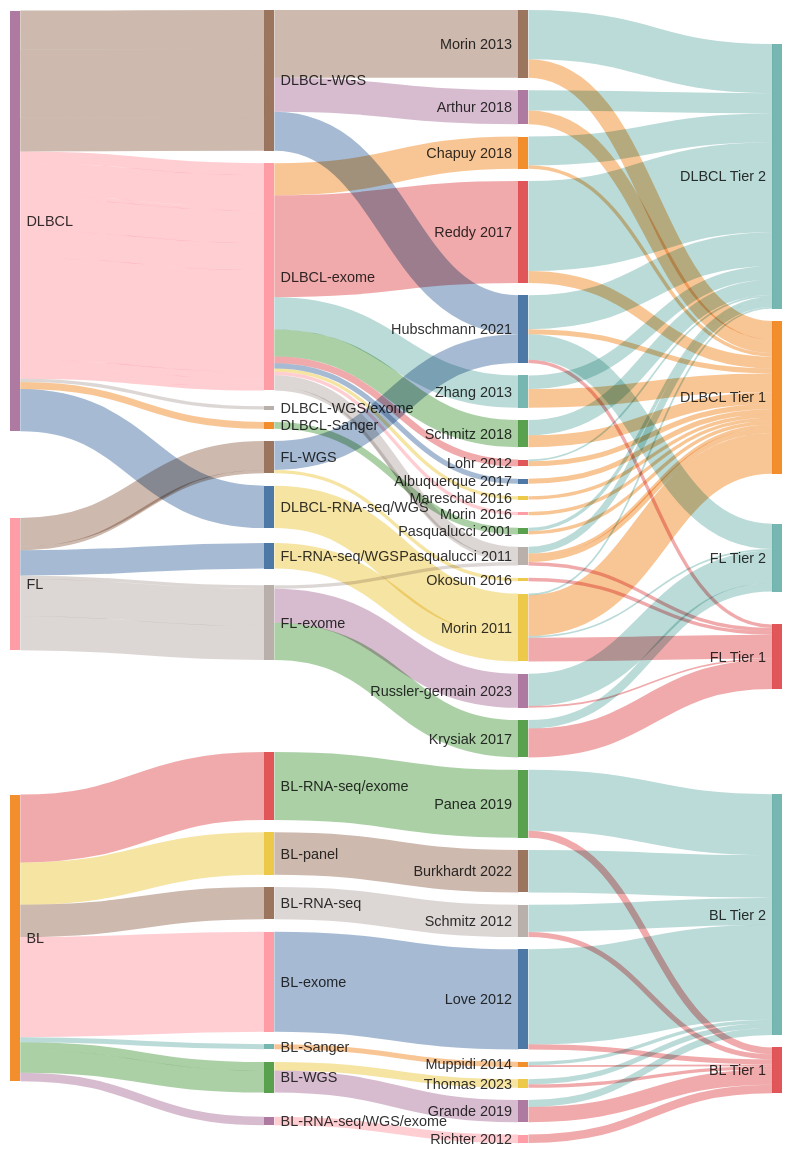
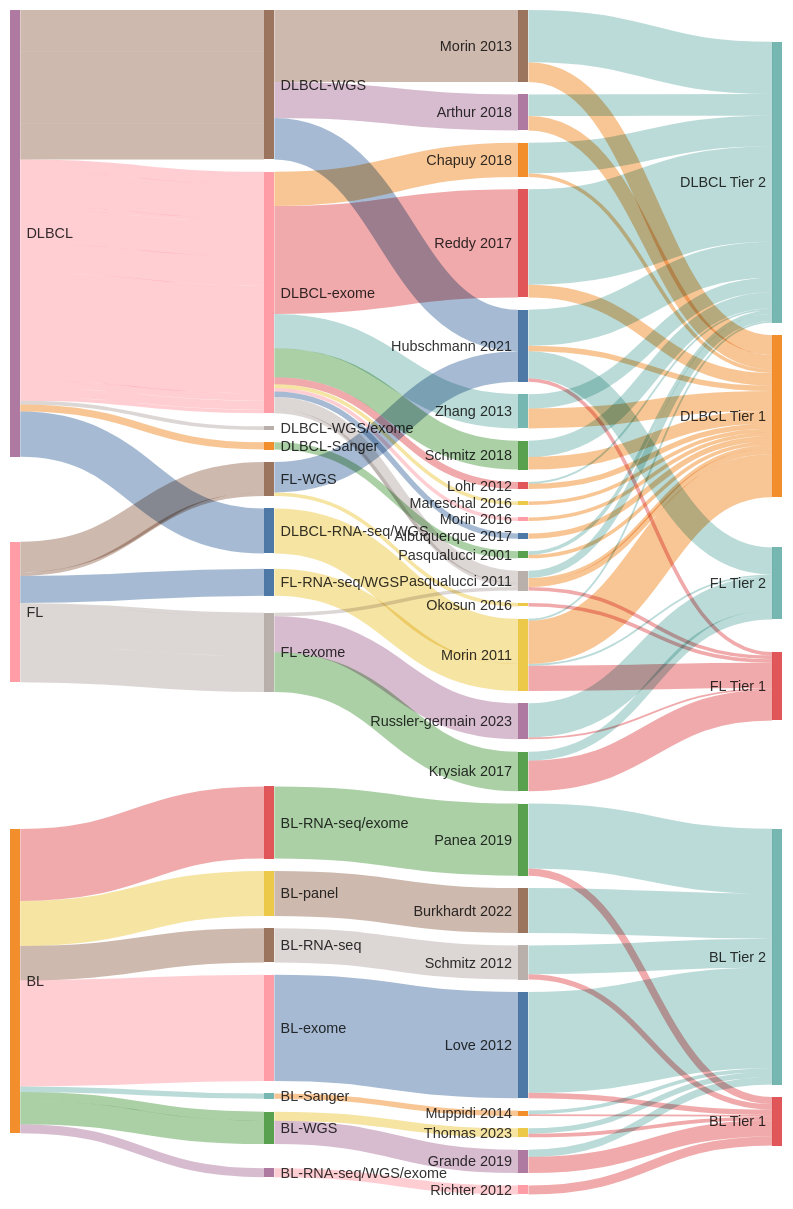
The first of 2 diagrams in Home.md (morinlab/lymphopedia), drawn with Mermaid before and after one commit. The commit also changed other lines of this file, not shown here.

```diff
--- a/Home.md
+++ b/Home.md
@@ -31,7 +31,7 @@
     showValues: false
     linkColor: target
     width: 750
-    height: 1100
+    height: 1150
     nodeAlignment: left
 ---
 sankey-beta
```
